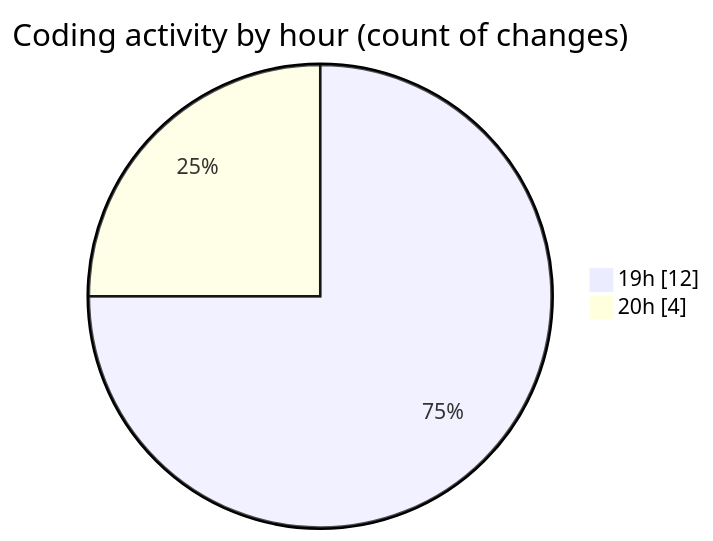
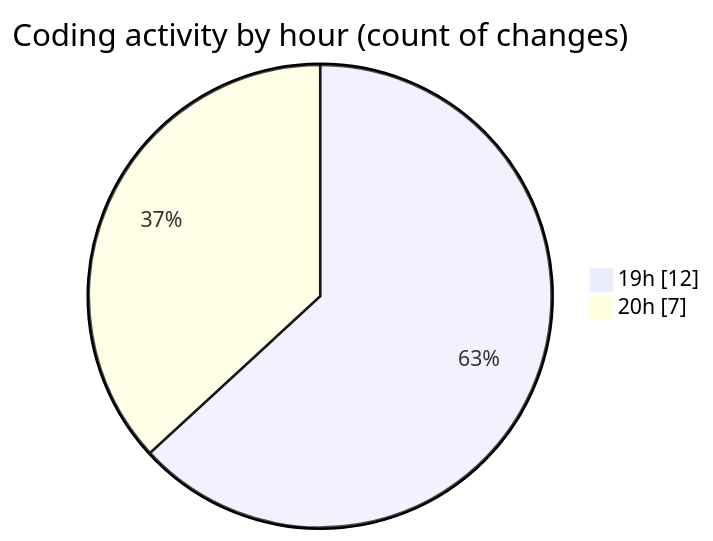
The second of 2 diagrams in 2025-05-09/un_laala/README.md (Elitesun/code-tracking), drawn with Mermaid before and after one commit. The commit also changed other lines of this file and 1 other file, not shown here.

````diff
--- a/2025-05-09/un_laala/README.md
+++ b/2025-05-09/un_laala/README.md
@@ -30,6 +30,6 @@
 ```mermaid
 pie showData
 title Coding activity by hour (count of changes)
 "19h" : 12
-"20h" : 4
+"20h" : 7
 ```
````
